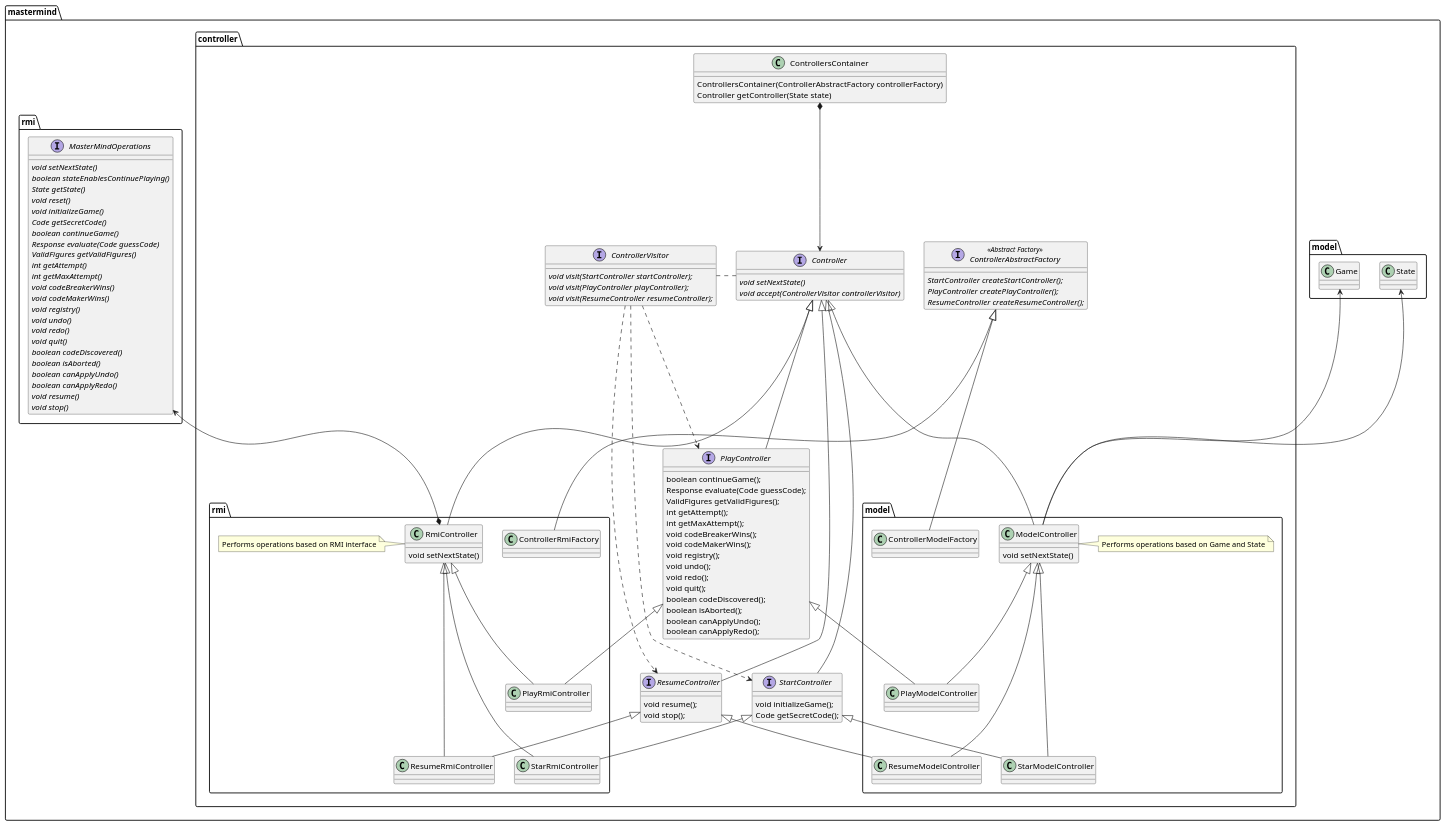
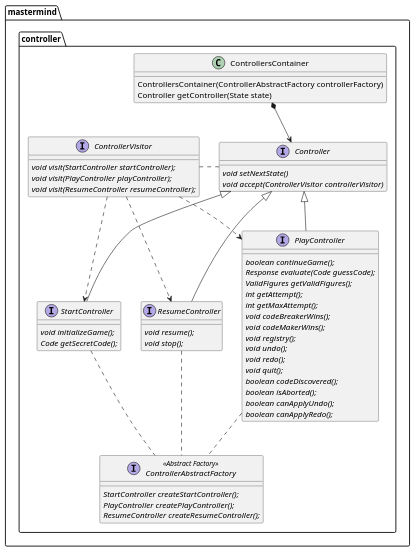
One commit to ciscoruiz/mastermind changed the diagram in doc/mastermind.controller.puml. Above: the diagram before and after it, drawn with PlantUML. The commit also changed 2 other files, not shown here.

Commit message:
Split controllers into model and rmi diagrams

```diff
--- a/doc/mastermind.controller.puml
+++ b/doc/mastermind.controller.puml
@@ -1,146 +1,70 @@
 @startuml
-
-package mastermind.model {
-    class Game
-    class State
-}
 
 package mastermind.controller {
    interface Controller {
       {abstract} void setNextState()
       {abstract} void accept(ControllerVisitor controllerVisitor)
    }
 
    class ControllersContainer {
        ControllersContainer(ControllerAbstractFactory controllerFactory)
        Controller getController(State state)
    }
 
    interface ControllerAbstractFactory <<Abstract Factory>> {
       {abstract}StartController createStartController();
       {abstract}PlayController createPlayController();
       {abstract}ResumeController createResumeController();
    }
 
    interface StartController {
-      void initializeGame();
-      Code getSecretCode();
+      {abstract}void initializeGame();
+      {abstract}Code getSecretCode();
    }
 
    interface PlayController {
-       boolean continueGame();
-       Response evaluate(Code guessCode);
-       ValidFigures getValidFigures();
-       int getAttempt();
-       int getMaxAttempt();
-       void codeBreakerWins();
-       void codeMakerWins();
-       void registry();
-       void undo();
-       void redo();
-       void quit();
-       boolean codeDiscovered();
-       boolean isAborted();
-       boolean canApplyUndo();
-       boolean canApplyRedo();
+       {abstract}boolean continueGame();
+       {abstract}Response evaluate(Code guessCode);
+       {abstract}ValidFigures getValidFigures();
+       {abstract}int getAttempt();
+       {abstract}int getMaxAttempt();
+       {abstract}void codeBreakerWins();
+       {abstract}void codeMakerWins();
+       {abstract}void registry();
+       {abstract}void undo();
+       {abstract}void redo();
+       {abstract}void quit();
+       {abstract}boolean codeDiscovered();
+       {abstract}boolean isAborted();
+       {abstract}boolean canApplyUndo();
+       {abstract}boolean canApplyRedo();
    }
 
    interface ResumeController {
-      void resume();
-      void stop();
+      {abstract}void resume();
+      {abstract}void stop();
    }
 
    interface ControllerVisitor {
       {abstract}void visit(StartController startController);
       {abstract}void visit(PlayController playController);
       {abstract}void visit(ResumeController resumeController);
    }
 
    ControllersContainer *-down-> Controller
    Controller ..left. ControllerVisitor
+
+   Controller <|-down- StartController
+   Controller <|-down- PlayController
+   Controller <|-down- ResumeController
+
+   ControllerVisitor -[dashed]-> StartController
+   ControllerVisitor -[dashed]-> PlayController
+   ControllerVisitor -[dashed]-> ResumeController
+
+   ControllerAbstractFactory .up.  StartController
+   ControllerAbstractFactory .up.  PlayController
+   ControllerAbstractFactory .up.  ResumeController
 }
 
-package mastermind.controller.model {
-    class ModelController {
-       void setNextState()
-    }
-    note right: Performs operations based on Game and State
-    ModelController -up-> Game
-    ModelController -up-> State
-
-    class StarModelController
-    class PlayModelController
-    class ResumeModelController
-
-    ControllerAbstractFactory <|-- ControllerModelFactory
-
-    ModelController <|-down-- StarModelController
-    ModelController <|-down- PlayModelController
-    ModelController <|-down-- ResumeModelController
-
-    StartController <|-down- StarModelController
-    PlayController <|-down- PlayModelController
-    ResumeController <|-down- ResumeModelController
-}
-
-package mastermind.controller.rmi {
-    class RmiController {
-       void setNextState()
-    }
-    note left: Performs operations based on RMI interface
-
-    interface  mastermind.rmi.MasterMindOperations {
-       {abstract}void setNextState()
-       {abstract}boolean stateEnablesContinuePlaying()
-       {abstract}State getState()
-       {abstract}void reset()
-       {abstract}void initializeGame()
-       {abstract}Code getSecretCode()
-       {abstract}boolean continueGame()
-       {abstract}Response evaluate(Code guessCode)
-       {abstract}ValidFigures getValidFigures()
-       {abstract}int getAttempt()
-       {abstract}int getMaxAttempt()
-       {abstract}void codeBreakerWins()
-       {abstract}void codeMakerWins()
-       {abstract}void registry()
-       {abstract}void undo()
-       {abstract}void redo()
-       {abstract}void quit()
-       {abstract}boolean codeDiscovered()
-       {abstract}boolean isAborted()
-       {abstract}boolean canApplyUndo()
-       {abstract}boolean canApplyRedo()
-       {abstract}void resume()
-       {abstract}void stop()
-    }
-
-    RmiController *-up-> mastermind.rmi.MasterMindOperations
-
-    class StarRmiController
-    class PlayRmiController
-    class ResumeRmiController
-
-    ControllerAbstractFactory <|-- ControllerRmiFactory
-
-    RmiController <|-down-- StarRmiController
-    RmiController <|-down- PlayRmiController
-    RmiController <|-down-- ResumeRmiController
-
-    StartController <|-down- StarRmiController
-    PlayController <|-down- PlayRmiController
-    ResumeController <|-down- ResumeRmiController
-}
-
-Controller <|-down- StartController
-Controller <|-down- PlayController
-Controller <|-down- ResumeController
-
-Controller <|-down- ModelController
-Controller <|-down- RmiController
-
-ControllerVisitor -[dashed]-> StartController
-ControllerVisitor -[dashed]-> PlayController
-ControllerVisitor -[dashed]-> ResumeController
-
 @enduml
```
